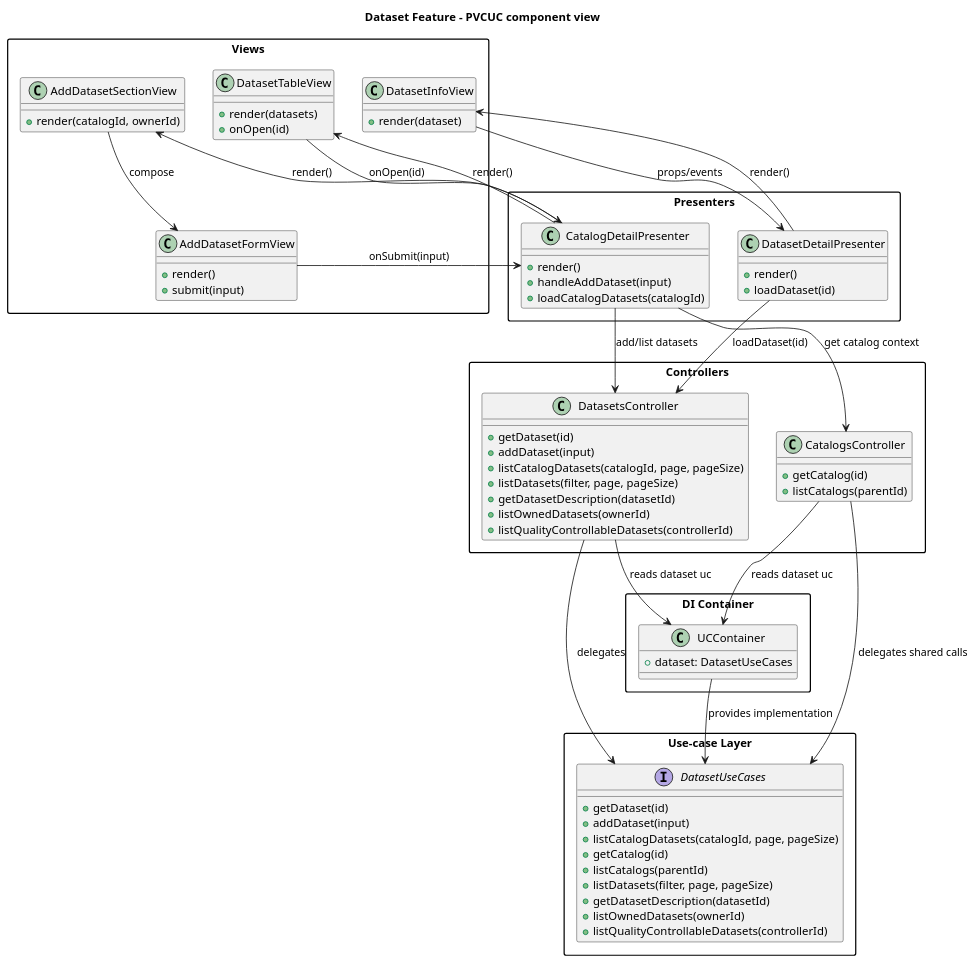
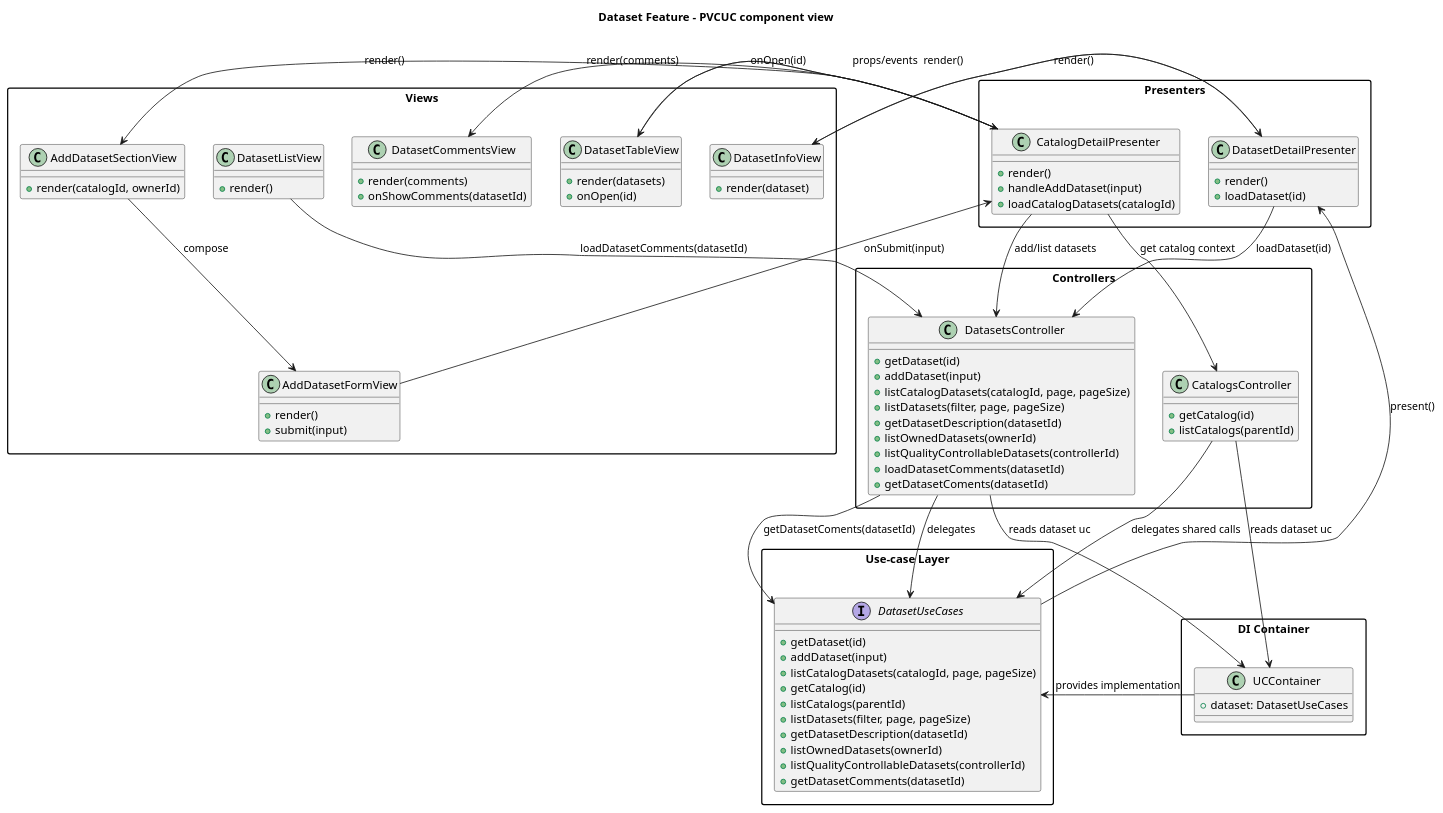
The diagram in diagrams/class/datasetModule.puml (POP2025-EEPW/doorce-frontend), drawn with PlantUML before and after one commit. The commit also changed 12 other files, not shown here.

```diff
--- a/diagrams/class/datasetModule.puml
+++ b/diagrams/class/datasetModule.puml
@@ -1,90 +1,105 @@
 @startuml
 title Dataset Feature - PVCUC component view
 
 skinparam packageStyle rectangle
 
 package "Views" {
   class DatasetInfoView {
     +render(dataset)
   }
   class AddDatasetFormView {
     +render()
     +submit(input)
   }
   class AddDatasetSectionView {
     +render(catalogId, ownerId)
   }
   class DatasetTableView {
     +render(datasets)
     +onOpen(id)
+  }
+  class DatasetCommentsView {
+    +render(comments)
+    +onShowComments(datasetId)
+  }
+  class DatasetListView {
+    +render()
   }
 }
 
 package "Presenters" {
   class DatasetDetailPresenter {
     +render()
     +loadDataset(id)
   }
   class CatalogDetailPresenter {
     +render()
     +handleAddDataset(input)
     +loadCatalogDatasets(catalogId)
   }
 }
 
 package "Controllers" {
   class DatasetsController {
     +getDataset(id)
     +addDataset(input)
     +listCatalogDatasets(catalogId, page, pageSize)
     +listDatasets(filter, page, pageSize)
     +getDatasetDescription(datasetId)
     +listOwnedDatasets(ownerId)
     +listQualityControllableDatasets(controllerId)
+    +loadDatasetComments(datasetId)
+    +getDatasetComents(datasetId)
   }
   class CatalogsController {
     +getCatalog(id)
     +listCatalogs(parentId)
   }
 }
 
 package "Use-case Layer" {
   interface DatasetUseCases {
     +getDataset(id)
     +addDataset(input)
     +listCatalogDatasets(catalogId, page, pageSize)
     +getCatalog(id)
     +listCatalogs(parentId)
     +listDatasets(filter, page, pageSize)
     +getDatasetDescription(datasetId)
     +listOwnedDatasets(ownerId)
     +listQualityControllableDatasets(controllerId)
+    +getDatasetComments(datasetId)
   }
 }
 
 package "DI Container" {
   class UCContainer {
     +dataset: DatasetUseCases
   }
 }
 
 DatasetDetailPresenter --> DatasetInfoView : render()
 DatasetInfoView --> DatasetDetailPresenter : props/events
 DatasetDetailPresenter --> DatasetsController : loadDataset(id)
 
 CatalogDetailPresenter --> DatasetTableView : render()
 DatasetTableView --> CatalogDetailPresenter : onOpen(id)
 CatalogDetailPresenter --> AddDatasetSectionView : render()
 AddDatasetSectionView --> AddDatasetFormView : compose
 AddDatasetFormView --> CatalogDetailPresenter : onSubmit(input)
 CatalogDetailPresenter --> DatasetsController : add/list datasets
 CatalogDetailPresenter --> CatalogsController : get catalog context
+CatalogDetailPresenter --> DatasetCommentsView : render(comments)
 
 DatasetsController --> DatasetUseCases : delegates
 CatalogsController --> DatasetUseCases : delegates shared calls
+DatasetsController --> DatasetUseCases : getDatasetComents(datasetId)
 
 DatasetsController --> UCContainer : reads dataset uc
 CatalogsController --> UCContainer : reads dataset uc
 UCContainer --> DatasetUseCases : provides implementation
 
+DatasetListView --> DatasetsController : loadDatasetComments(datasetId)
+DatasetUseCases --> DatasetDetailPresenter : present()
+
 @enduml
```
